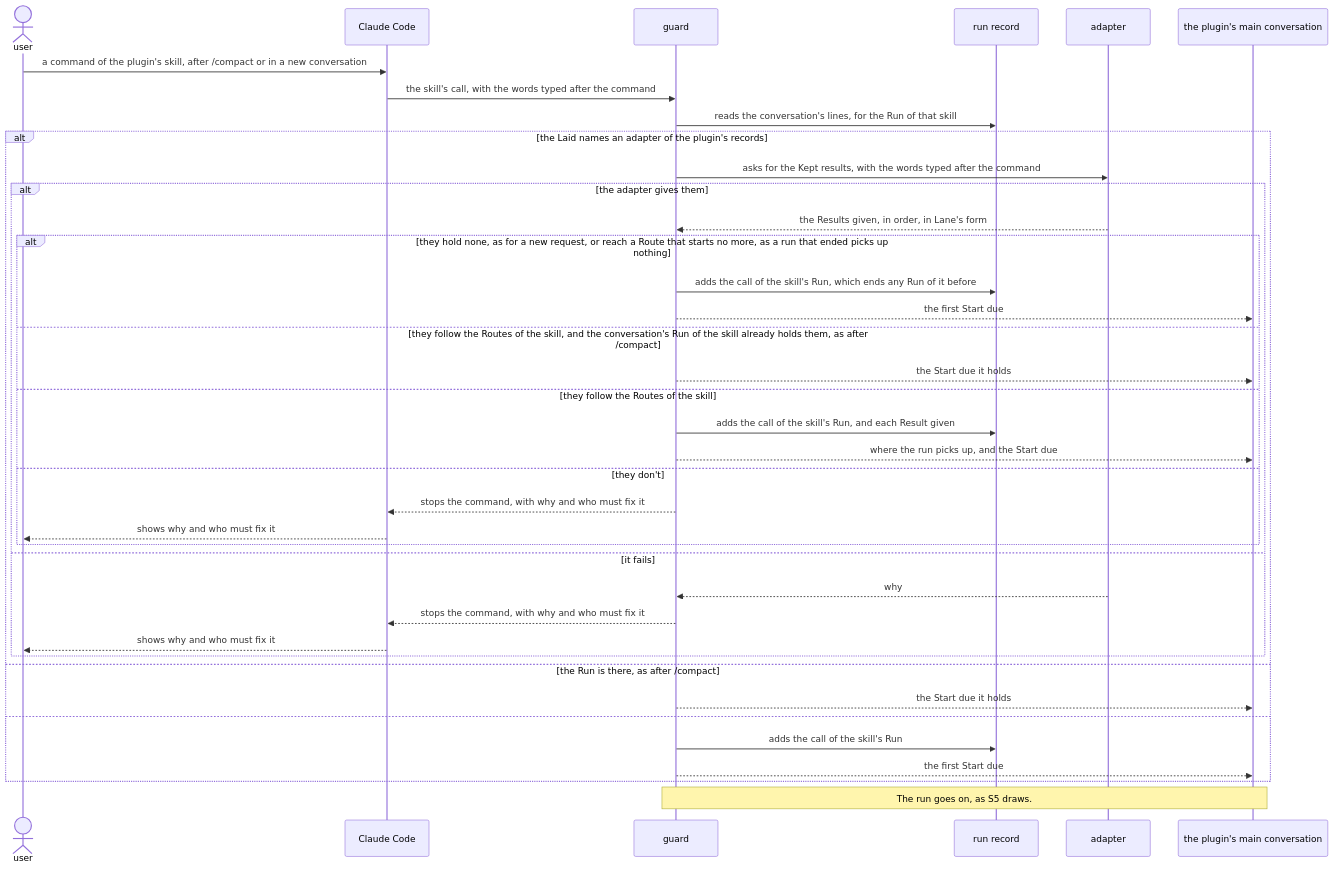
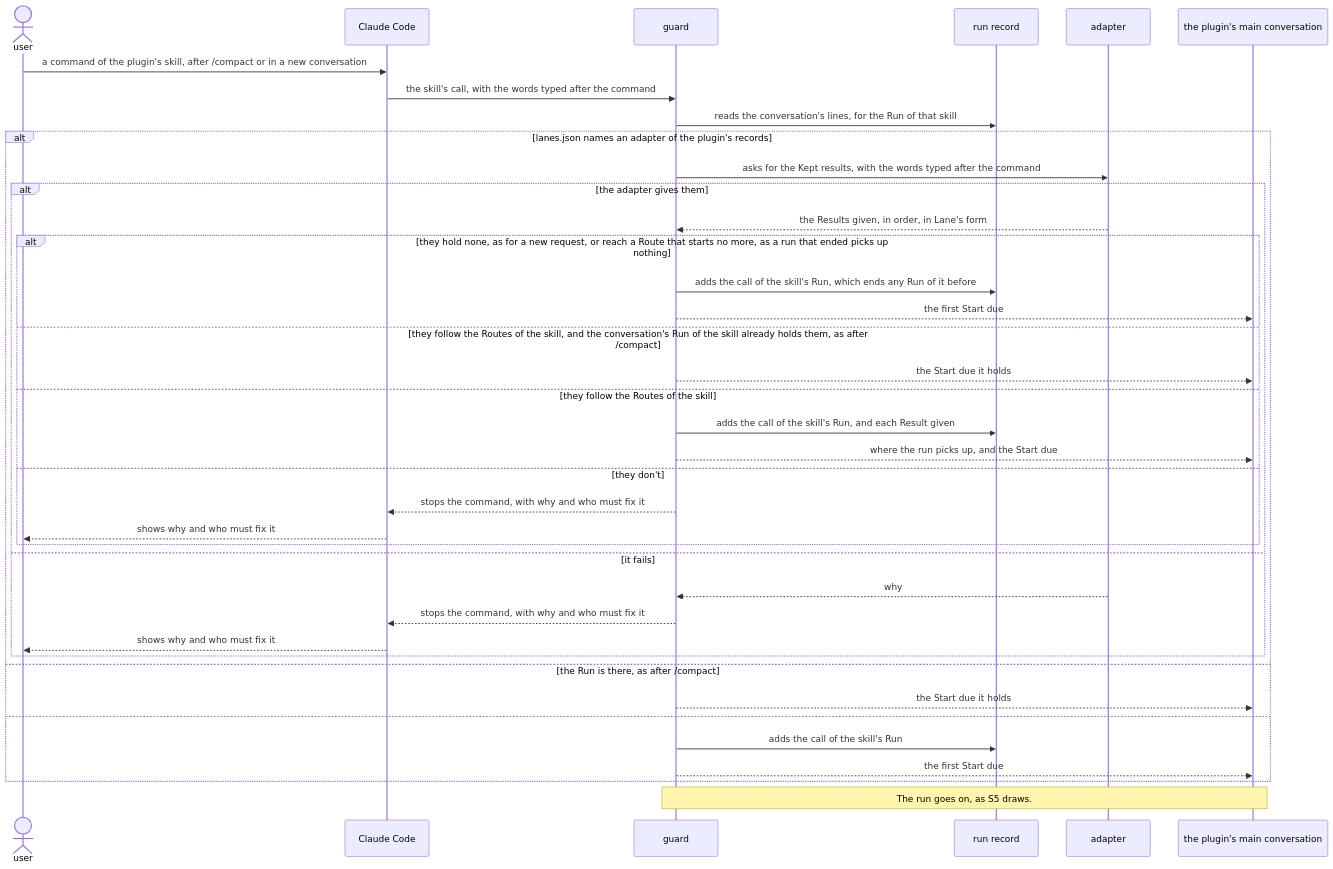
The seventh of 7 diagrams in dev/lane/architecture.md (lovaizu/ccpm), drawn with Mermaid before and after one commit. The commit also changed other lines of this file and 1 other file, not shown here.

First line of the commit message:
lane's architecture: lay.py keeps each Proposal by its ID in the proposal store and lay.py write reads it back by that ID, and lanes.json names each adapter beside the Laid

````diff
--- a/dev/lane/architecture.md
+++ b/dev/lane/architecture.md
@@ -787,40 +796,40 @@
 ```mermaid
 sequenceDiagram
   actor U as user
   participant CC as Claude Code
   participant G as guard
   participant RS as run record
   participant A as adapter
   participant M as the plugin's main conversation
   U->>CC: a command of the plugin's skill, after /compact or in a new conversation
   CC->>G: the skill's call, with the words typed after the command
   G->>RS: reads the conversation's lines, for the Run of that skill
-  alt the Laid names an adapter of the plugin's records
+  alt lanes.json names an adapter of the plugin's records
     G->>A: asks for the Kept results, with the words typed after the command
     alt the adapter gives them
       A-->>G: the Results given, in order, in Lane's form
       alt they hold none, as for a new request, or reach a Route that starts no more, as a run that ended picks up nothing
         G->>RS: adds the call of the skill's Run, which ends any Run of it before
         G-->>M: the first Start due
       else they follow the Routes of the skill, and the conversation's Run of the skill already holds them, as after /compact
         G-->>M: the Start due it holds
       else they follow the Routes of the skill
         G->>RS: adds the call of the skill's Run, and each Result given
         G-->>M: where the run picks up, and the Start due
       else they don't
         G-->>CC: stops the command, with why and who must fix it
         CC-->>U: shows why and who must fix it
       end
     else it fails
       A-->>G: why
       G-->>CC: stops the command, with why and who must fix it
       CC-->>U: shows why and who must fix it
     end
   else the Run is there, as after /compact
     G-->>M: the Start due it holds
   else
     G->>RS: adds the call of the skill's Run
     G-->>M: the first Start due
   end
   Note over M,G: The run goes on, as S5 draws.
 ```
````
